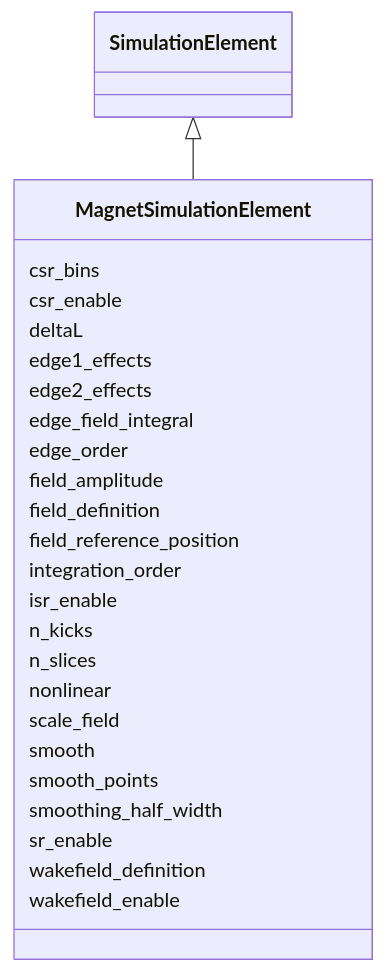
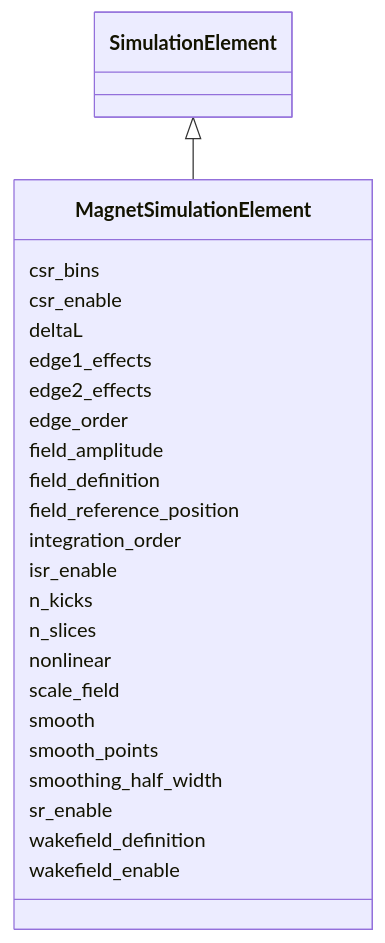
Before and after one commit to astec-stfc/laura: the diagram in docs/source/schema/MagnetSimulationElement.md, drawn with Mermaid. The commit also changed other lines of this file and 292 other files, not shown here.

````diff
--- a/docs/source/schema/MagnetSimulationElement.md
+++ b/docs/source/schema/MagnetSimulationElement.md
@@ -18,53 +18,51 @@
 ```mermaid
  classDiagram
     class MagnetSimulationElement
     click MagnetSimulationElement href "../MagnetSimulationElement/"
       SimulationElement <|-- MagnetSimulationElement
         click SimulationElement href "../SimulationElement/"
       
       MagnetSimulationElement : csr_bins
         
       MagnetSimulationElement : csr_enable
         
       MagnetSimulationElement : deltaL
         
       MagnetSimulationElement : edge1_effects
         
       MagnetSimulationElement : edge2_effects
-        
-      MagnetSimulationElement : edge_field_integral
         
       MagnetSimulationElement : edge_order
         
       MagnetSimulationElement : field_amplitude
         
       MagnetSimulationElement : field_definition
         
       MagnetSimulationElement : field_reference_position
         
       MagnetSimulationElement : integration_order
         
       MagnetSimulationElement : isr_enable
         
       MagnetSimulationElement : n_kicks
         
       MagnetSimulationElement : n_slices
         
       MagnetSimulationElement : nonlinear
         
       MagnetSimulationElement : scale_field
         
       MagnetSimulationElement : smooth
         
       MagnetSimulationElement : smooth_points
         
       MagnetSimulationElement : smoothing_half_width
         
       MagnetSimulationElement : sr_enable
         
       MagnetSimulationElement : wakefield_definition
         
       MagnetSimulationElement : wakefield_enable
         
       
 ```
````
